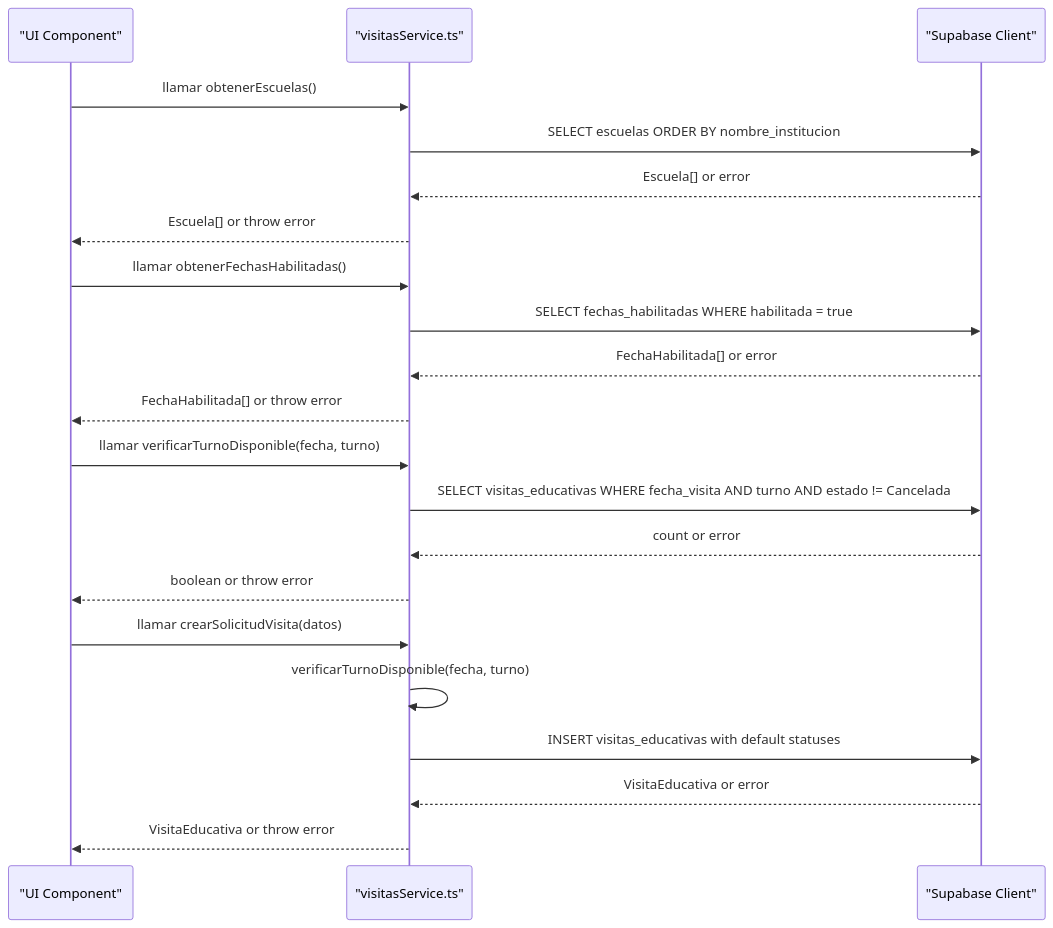
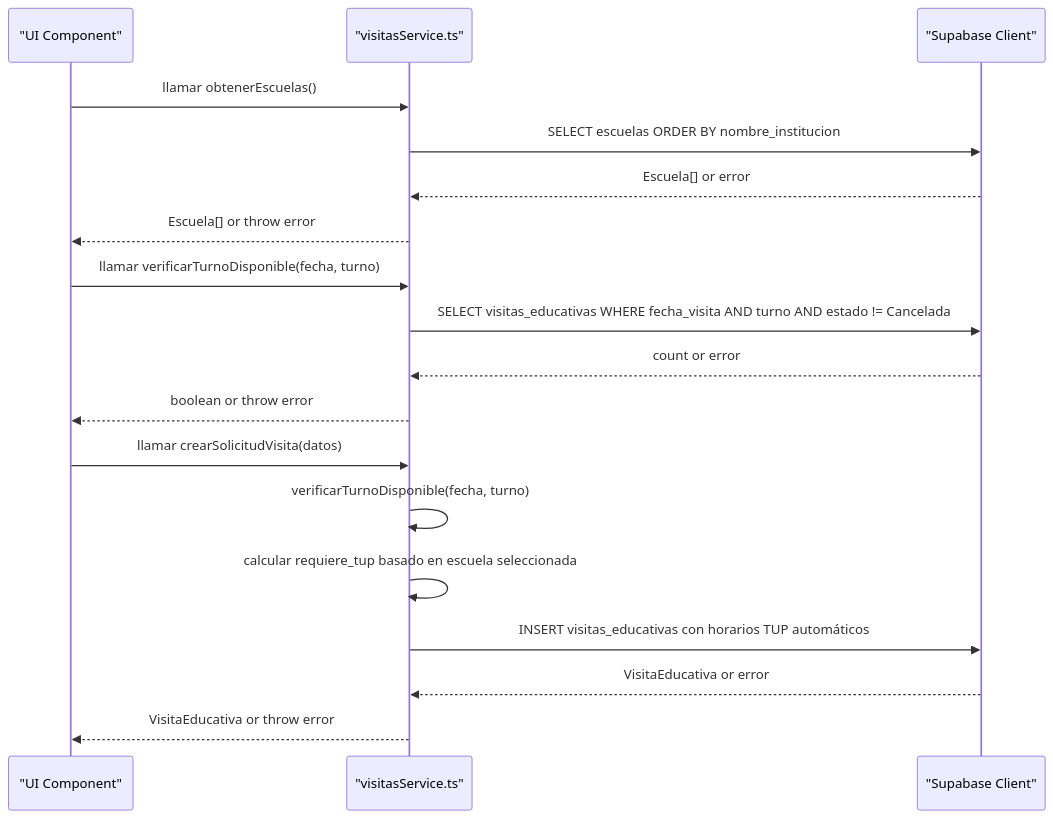
The second of 4 diagrams in .qoder/repowiki/en/content/Core Services & Business Logic/Visit Management Service.md (AgusCatra/simu-twin-web), drawn with Mermaid before and after one commit. The commit also changed other lines of this file and 6 other files, not shown here.

First line of the commit message:
docs(visit-service): actualizar documentación con sistema simplificado y cálculo automático de TUP

````diff
--- a/.qoder/repowiki/en/content/Core Services & Business Logic/Visit Management Service.md
+++ b/.qoder/repowiki/en/content/Core Services & Business Logic/Visit Management Service.md
@@ -97,23 +102,20 @@
 ```mermaid
 sequenceDiagram
 participant UI as "UI Component"
 participant SVC as "visitasService.ts"
 participant DB as "Supabase Client"
 UI->>SVC : llamar obtenerEscuelas()
 SVC->>DB : SELECT escuelas ORDER BY nombre_institucion
 DB-->>SVC : Escuela[] or error
 SVC-->>UI : Escuela[] or throw error
-UI->>SVC : llamar obtenerFechasHabilitadas()
-SVC->>DB : SELECT fechas_habilitadas WHERE habilitada = true
-DB-->>SVC : FechaHabilitada[] or error
-SVC-->>UI : FechaHabilitada[] or throw error
 UI->>SVC : llamar verificarTurnoDisponible(fecha, turno)
 SVC->>DB : SELECT visitas_educativas WHERE fecha_visita AND turno AND estado != Cancelada
 DB-->>SVC : count or error
 SVC-->>UI : boolean or throw error
 UI->>SVC : llamar crearSolicitudVisita(datos)
 SVC->>SVC : verificarTurnoDisponible(fecha, turno)
-SVC->>DB : INSERT visitas_educativas with default statuses
+SVC->>SVC : calcular requiere_tup basado en escuela seleccionada
+SVC->>DB : INSERT visitas_educativas con horarios TUP automáticos
 DB-->>SVC : VisitaEducativa or error
 SVC-->>UI : VisitaEducativa or throw error
 ```
````
